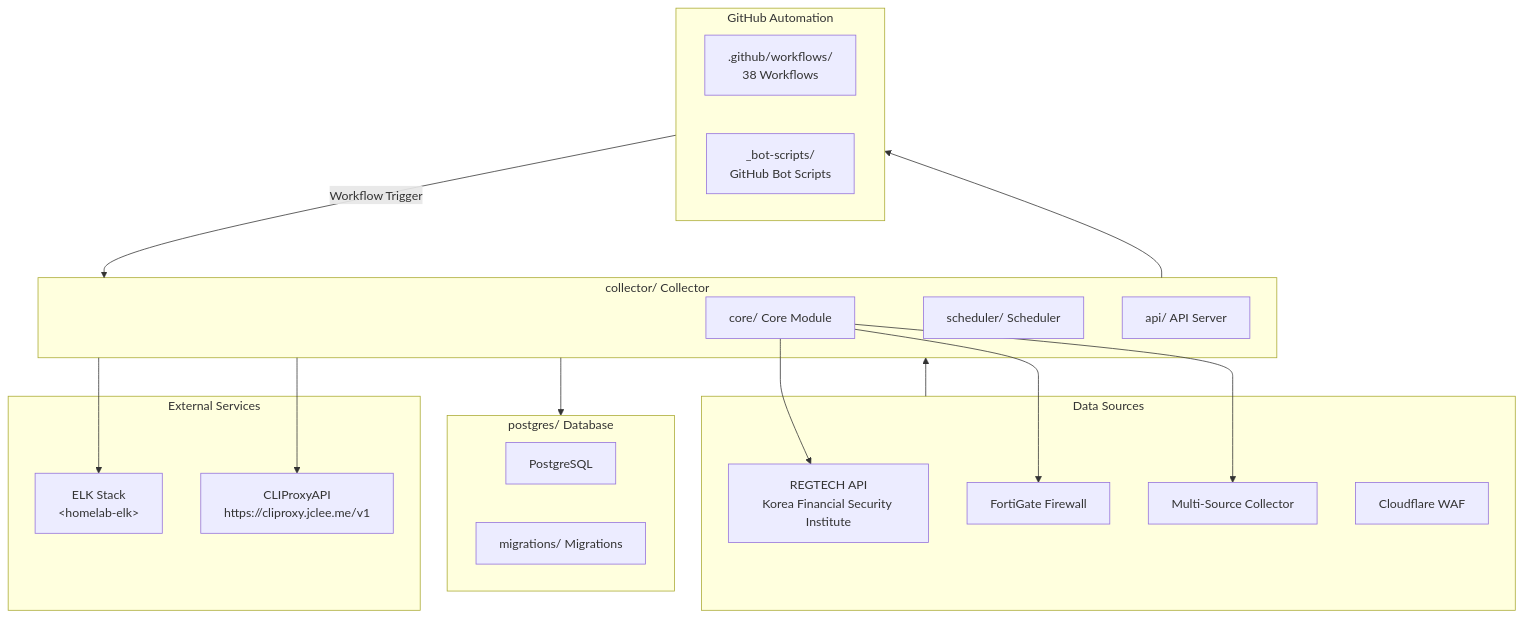
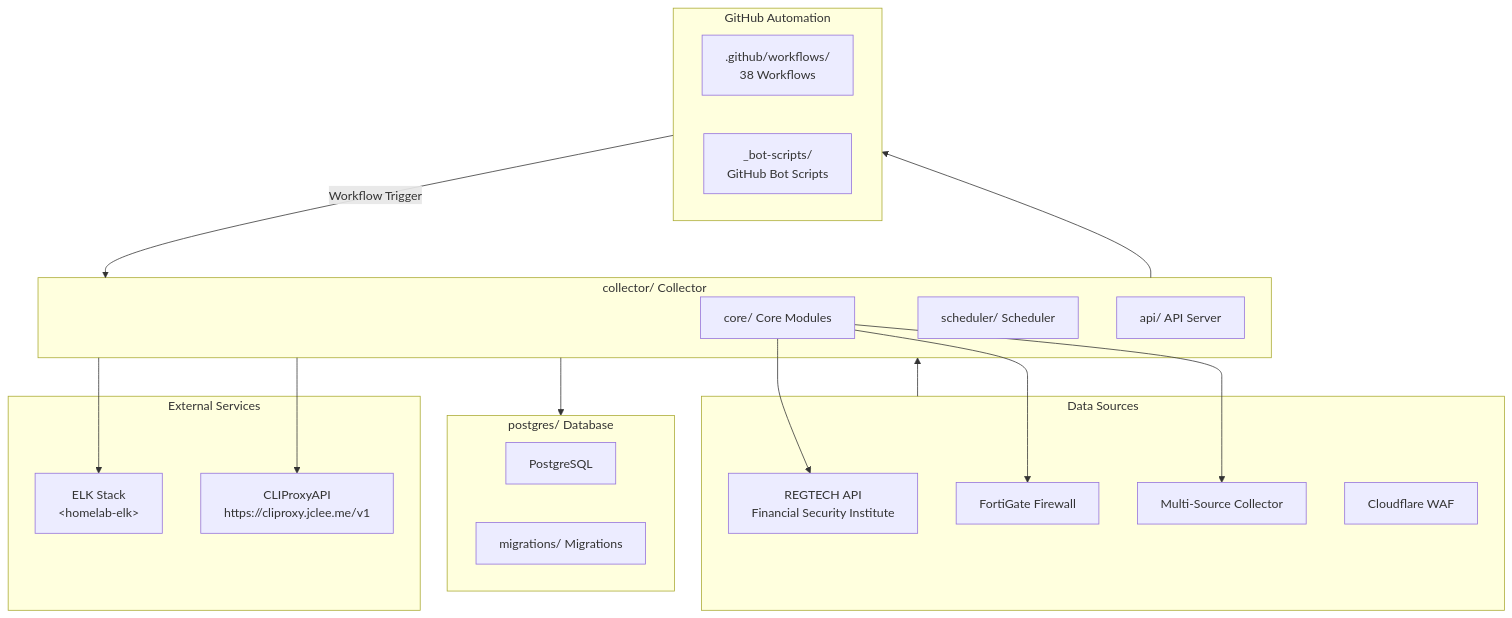
The second of 2 diagrams in README.md (jclee941/blacklist), drawn with Mermaid before and after one commit. The commit also changed other lines of this file, not shown here.

````diff
--- a/README.md
+++ b/README.md
@@ -302,41 +262,41 @@
 ```mermaid
 flowchart TB
     subgraph DataSources["Data Sources"]
-        REGTECH["REGTECH API<br/>Korea Financial Security Institute"]
+        REGTECH["REGTECH API<br/>Financial Security Institute"]
         FORTIGATE["FortiGate Firewall"]
         MULTI["Multi-Source Collector"]
         CLOUDFLARE["Cloudflare WAF"]
     end
 
     subgraph Collector["collector/ Collector"]
-        CORE["core/ Core Module"]
+        CORE["core/ Core Modules"]
         SCHEDULER["scheduler/ Scheduler"]
         API["api/ API Server"]
 
         CORE --> FORTIGATE
         CORE --> REGTECH
         CORE --> MULTI
     end
 
     subgraph Database["postgres/ Database"]
         PG["PostgreSQL"]
         MIGRATIONS["migrations/ Migrations"]
     end
 
     subgraph GitHubAutomation["GitHub Automation"]
         WORKFLOWS[".github/workflows/<br/>38 Workflows"]
         BOTS["_bot-scripts/<br/>GitHub Bot Scripts"]
     end
 
     subgraph ExternalServices["External Services"]
         ELK["ELK Stack<br/>&lt;homelab-elk&gt;"]
         PROXY["CLIProxyAPI<br/>https://cliproxy.jclee.me/v1"]
     end
 
     DataSources --> Collector
     Collector --> Database
     Collector --> GitHubAutomation
     GitHubAutomation -->|"Workflow Trigger"| Collector
     Collector --> ELK
     Collector --> PROXY
 ```
````
